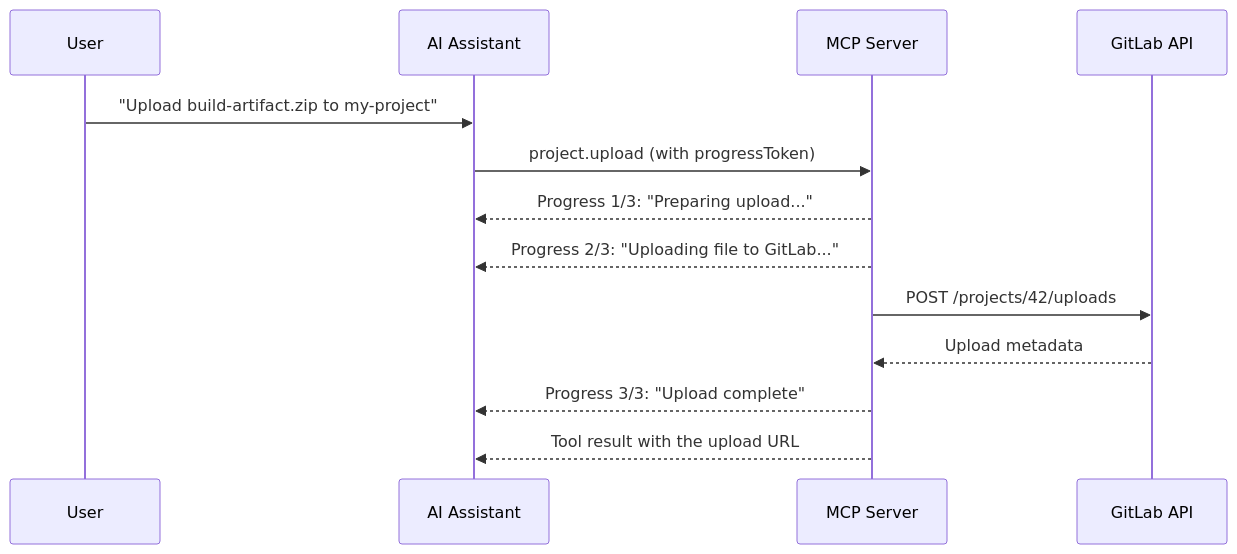
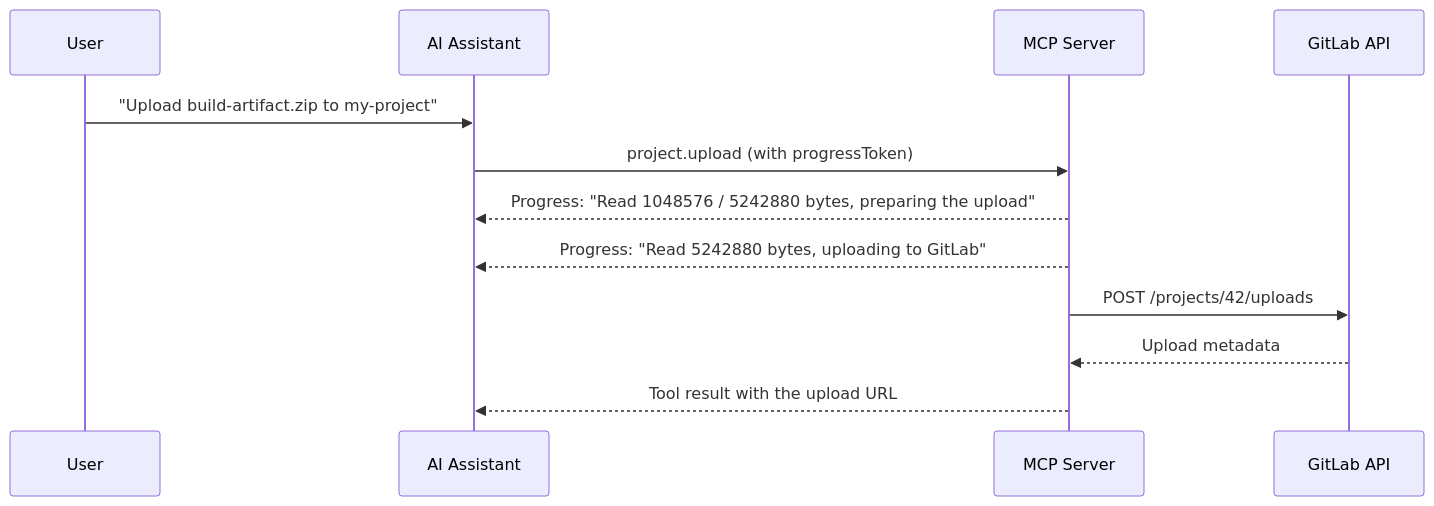
Before and after one commit to jmrplens/gitlab-mcp-server: the diagram in site/src/content/docs/capabilities/progress.mdx, drawn with Mermaid. The commit also changed other lines of this file and 93 other files, not shown here.

````diff
--- a/site/src/content/docs/capabilities/progress.mdx
+++ b/site/src/content/docs/capabilities/progress.mdx
@@ -26,16 +26,15 @@
 ```mermaid
 sequenceDiagram
     participant U as User
     participant AI as AI Assistant
     participant S as MCP Server
     participant GL as GitLab API
 
     U->>AI: "Upload build-artifact.zip to my-project"
     AI->>S: project.upload (with progressToken)
-    S-->>AI: Progress 1/3: "Preparing upload..."
-    S-->>AI: Progress 2/3: "Uploading file to GitLab..."
+    S-->>AI: Progress: "Read 1048576 / 5242880 bytes, preparing the upload"
+    S-->>AI: Progress: "Read 5242880 bytes, uploading to GitLab"
     S->>GL: POST /projects/42/uploads
     GL-->>S: Upload metadata
-    S-->>AI: Progress 3/3: "Upload complete"
     S-->>AI: Tool result with the upload URL
 ```
````
